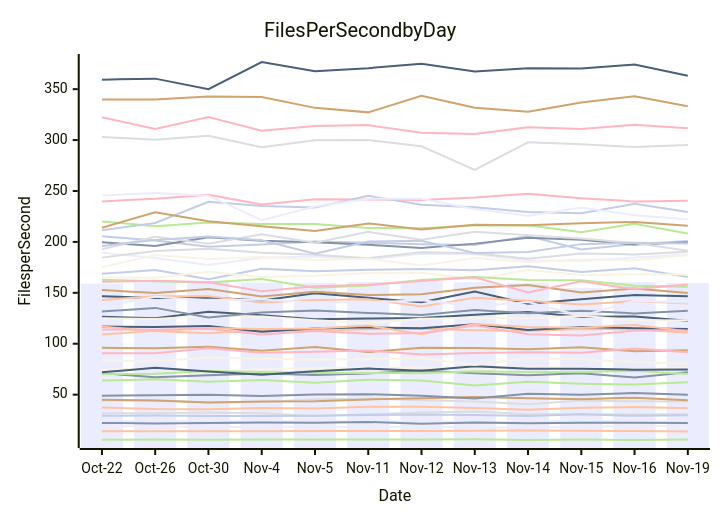
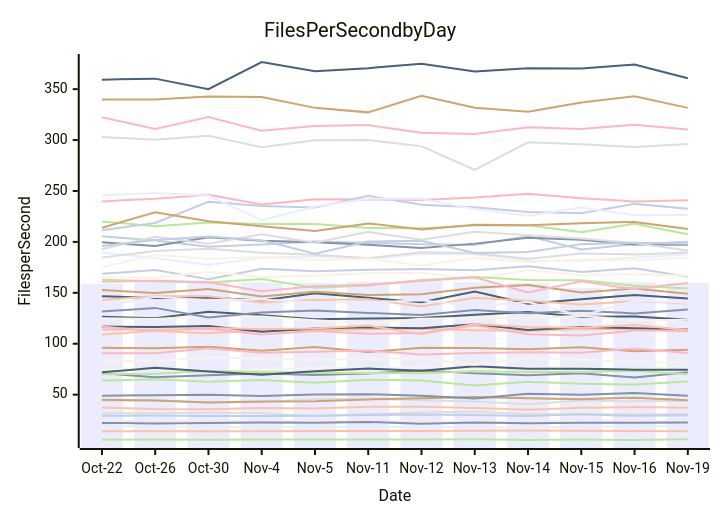
One commit to streetsidesoftware/cspell changed the diagram in perf-report.md. Above: the diagram before and after it, drawn with Mermaid. The commit also changed other lines of this file and 1 other file, not shown here.

````diff
--- a/perf-report.md
+++ b/perf-report.md
@@ -10,57 +10,57 @@
 ```mermaid
 xychart-beta
     title Files Per Second by Day
     y-axis Files per Second
     x-axis Date [Oct-22, Oct-26, Oct-30, Nov-4, Nov-5, Nov-11, Nov-12, Nov-13, Nov-14, Nov-15, Nov-16, Nov-19]
-    bar [159.03, 162.88, 161.94, 160.02, 159.72, 160.65, 161.35, 160.47, 159.54, 154.79, 160.46, 159.53]
-    line [71.08, 67.00, 69.09, 70.86, 69.37, 70.88, 73.81, 71.09, 69.11, 71.10, 66.81, 72.04]
-    line [14.01, 14.02, 13.97, 14.18, 14.33, 14.26, 14.23, 14.49, 14.71, 14.55, 14.39, 13.93]
-    line [44.08, 44.42, 42.24, 42.88, 45.37, 46.20, 44.50, 43.23, 40.60, 44.15, 43.48, 43.18]
-    line [63.79, 65.07, 62.75, 64.51, 61.69, 64.67, 63.79, 59.02, 62.70, 60.80, 59.91, 62.24]
-    line [96.00, 95.45, 97.05, 93.17, 96.79, 91.80, 95.95, 95.87, 94.48, 96.44, 92.65, 93.49]
-    line [205.59, 201.31, 195.27, 197.35, 200.31, 199.19, 197.63, 196.85, 205.77, 192.52, 197.76, 200.81]
-    line [322.37, 310.93, 322.55, 309.17, 313.73, 314.69, 307.18, 306.00, 312.70, 310.78, 315.06, 311.67]
-    line [126.46, 125.04, 131.49, 128.05, 124.13, 124.73, 125.27, 128.39, 131.06, 126.59, 126.76, 122.52]
-    line [125.15, 124.19, 127.28, 126.86, 123.18, 120.25, 124.45, 125.35, 124.99, 127.41, 122.93, 123.18]
-    line [23.92, 24.17, 24.43, 23.95, 24.20, 23.49, 24.08, 23.00, 23.06, 24.50, 24.34, 23.45]
-    line [22.28, 21.78, 22.12, 22.59, 22.34, 23.16, 21.54, 22.68, 21.85, 22.43, 22.45, 22.18]
-    line [109.04, 112.63, 110.40, 113.53, 112.85, 114.15, 114.65, 113.36, 112.62, 114.36, 114.33, 110.82]
-    line [31.67, 31.78, 32.41, 31.83, 29.14, 30.76, 32.43, 33.35, 30.87, 30.71, 30.55, 30.69]
-    line [5.75, 6.03, 5.80, 6.05, 5.91, 5.92, 6.05, 6.23, 5.47, 5.95, 5.52, 6.06]
-    line [45.07, 44.31, 42.25, 43.22, 43.49, 45.34, 46.46, 47.61, 46.36, 45.42, 47.07, 44.47]
-    line [168.67, 172.42, 163.25, 173.61, 171.18, 172.63, 173.35, 172.14, 176.09, 170.54, 174.05, 165.60]
-    line [239.78, 242.41, 246.20, 236.64, 241.81, 241.59, 241.14, 243.55, 247.17, 242.91, 239.70, 240.42]
-    line [116.88, 116.53, 117.43, 111.89, 115.01, 116.13, 115.22, 119.08, 113.54, 116.51, 115.21, 114.36]
-    line [165.23, 164.80, 170.61, 165.61, 166.70, 169.45, 169.81, 163.46, 172.46, 167.41, 168.34, 168.05]
-    line [19.00, 18.63, 18.25, 18.44, 18.38, 18.23, 18.67, 17.83, 17.56, 18.43, 19.15, 18.86]
-    line [49.03, 49.37, 49.99, 48.68, 50.03, 50.42, 49.00, 46.22, 50.88, 49.95, 51.56, 50.00]
-    line [116.85, 112.16, 115.50, 114.45, 114.87, 117.85, 109.38, 119.29, 116.46, 115.59, 118.49, 112.39]
-    line [303.13, 300.22, 304.34, 292.89, 299.81, 300.08, 293.90, 270.62, 297.75, 295.78, 293.19, 295.17]
-    line [162.77, 161.40, 160.02, 163.60, 155.05, 157.20, 162.55, 165.62, 162.61, 162.23, 156.96, 155.93]
-    line [339.81, 339.82, 342.79, 342.26, 331.64, 327.21, 343.58, 331.81, 327.76, 336.79, 342.94, 333.16]
-    line [29.31, 29.41, 29.14, 29.07, 29.19, 29.96, 30.60, 29.98, 29.13, 30.65, 29.20, 29.82]
-    line [90.70, 90.60, 95.53, 91.04, 92.11, 93.46, 89.53, 90.84, 91.64, 91.15, 95.31, 91.66]
-    line [146.67, 144.85, 145.45, 142.42, 149.63, 145.08, 140.78, 151.35, 139.20, 143.75, 147.85, 146.75]
-    line [74.51, 76.18, 72.03, 75.21, 76.09, 76.34, 76.58, 74.79, 76.80, 76.30, 73.76, 77.26]
-    line [189.47, 184.23, 177.36, 184.49, 185.72, 182.94, 188.28, 187.98, 181.73, 181.49, 184.66, 187.68]
-    line [199.55, 196.07, 204.60, 201.12, 199.63, 197.18, 194.05, 198.31, 204.17, 202.23, 197.34, 199.60]
-    line [143.06, 146.69, 146.59, 140.40, 143.02, 143.74, 136.69, 145.20, 142.11, 138.52, 142.01, 139.42]
-    line [184.56, 191.17, 193.23, 189.38, 187.47, 183.93, 189.93, 188.83, 183.53, 188.50, 187.66, 190.45]
-    line [220.10, 215.49, 219.14, 217.54, 217.64, 213.57, 213.32, 216.11, 216.43, 209.55, 217.83, 208.19]
-    line [152.74, 149.93, 153.73, 146.39, 151.10, 147.79, 148.60, 155.08, 157.59, 150.36, 154.26, 149.80]
-    line [211.47, 218.53, 239.32, 235.17, 233.67, 245.24, 236.50, 233.98, 229.39, 228.12, 237.34, 229.32]
-    line [113.95, 113.80, 114.69, 109.15, 112.48, 109.72, 110.55, 118.02, 109.29, 108.02, 112.93, 113.12]
-    line [359.34, 360.33, 349.95, 376.67, 367.68, 370.64, 374.87, 367.41, 370.51, 370.21, 374.24, 363.16]
-    line [175.20, 187.18, 183.23, 185.22, 182.14, 183.42, 176.89, 184.07, 179.92, 182.71, 181.97, 187.24]
-    line [245.56, 247.95, 245.41, 221.31, 234.75, 242.27, 242.37, 232.19, 225.67, 233.72, 226.18, 222.19]
-    line [131.59, 135.21, 125.70, 130.73, 132.76, 130.23, 128.16, 133.01, 129.97, 132.49, 129.80, 132.50]
-    line [37.33, 35.82, 35.71, 36.86, 36.50, 38.05, 38.19, 36.99, 35.25, 37.09, 37.76, 36.56]
-    line [192.85, 204.98, 198.27, 207.58, 199.26, 209.84, 202.01, 209.99, 206.66, 203.31, 199.00, 191.33]
-    line [70.11, 70.57, 73.22, 72.23, 71.32, 71.25, 71.08, 73.06, 72.16, 72.33, 73.39, 70.34]
-    line [213.97, 229.01, 220.21, 215.36, 210.66, 218.14, 212.13, 216.95, 216.28, 218.40, 219.59, 215.97]
-    line [196.05, 201.96, 205.39, 201.71, 188.42, 200.46, 201.07, 189.10, 190.06, 197.82, 199.09, 198.41]
-    line [160.80, 161.82, 160.48, 151.46, 156.36, 158.02, 161.56, 165.28, 150.34, 161.29, 153.65, 158.15]
-    line [71.96, 76.44, 72.80, 69.62, 72.93, 75.62, 73.39, 77.86, 75.46, 75.53, 74.48, 74.77]
-    line [83.62, 82.78, 86.40, 85.26, 84.18, 85.13, 86.07, 79.22, 86.18, 84.80, 82.10, 80.70]
-    line [136.76, 146.14, 142.74, 143.48, 140.52, 140.72, 142.75, 136.72, 140.92, 127.38, 142.26, 140.56]
+    bar [159.03, 162.88, 161.94, 160.02, 159.72, 160.65, 161.35, 160.47, 159.54, 154.79, 160.46, 159.61]
+    line [71.08, 67.00, 69.09, 70.86, 69.37, 70.88, 73.81, 71.09, 69.11, 71.10, 66.81, 72.11]
+    line [14.01, 14.02, 13.97, 14.18, 14.33, 14.26, 14.23, 14.49, 14.71, 14.55, 14.39, 13.95]
+    line [44.08, 44.42, 42.24, 42.88, 45.37, 46.20, 44.50, 43.23, 40.60, 44.15, 43.48, 43.70]
+    line [63.79, 65.07, 62.75, 64.51, 61.69, 64.67, 63.79, 59.02, 62.70, 60.80, 59.91, 63.00]
+    line [96.00, 95.45, 97.05, 93.17, 96.79, 91.80, 95.95, 95.87, 94.48, 96.44, 92.65, 94.10]
+    line [205.59, 201.31, 195.27, 197.35, 200.31, 199.19, 197.63, 196.85, 205.77, 192.52, 197.76, 200.10]
+    line [322.37, 310.93, 322.55, 309.17, 313.73, 314.69, 307.18, 306.00, 312.70, 310.78, 315.06, 310.37]
+    line [126.46, 125.04, 131.49, 128.05, 124.13, 124.73, 125.27, 128.39, 131.06, 126.59, 126.76, 123.53]
+    line [125.15, 124.19, 127.28, 126.86, 123.18, 120.25, 124.45, 125.35, 124.99, 127.41, 122.93, 123.56]
+    line [23.92, 24.17, 24.43, 23.95, 24.20, 23.49, 24.08, 23.00, 23.06, 24.50, 24.34, 23.62]
+    line [22.28, 21.78, 22.12, 22.59, 22.34, 23.16, 21.54, 22.68, 21.85, 22.43, 22.45, 22.56]
+    line [109.04, 112.63, 110.40, 113.53, 112.85, 114.15, 114.65, 113.36, 112.62, 114.36, 114.33, 111.99]
+    line [31.67, 31.78, 32.41, 31.83, 29.14, 30.76, 32.43, 33.35, 30.87, 30.71, 30.55, 30.97]
+    line [5.75, 6.03, 5.80, 6.05, 5.91, 5.92, 6.05, 6.23, 5.47, 5.95, 5.52, 6.13]
+    line [45.07, 44.31, 42.25, 43.22, 43.49, 45.34, 46.46, 47.61, 46.36, 45.42, 47.07, 44.45]
+    line [168.67, 172.42, 163.25, 173.61, 171.18, 172.63, 173.35, 172.14, 176.09, 170.54, 174.05, 165.70]
+    line [239.78, 242.41, 246.20, 236.64, 241.81, 241.59, 241.14, 243.55, 247.17, 242.91, 239.70, 241.02]
+    line [116.88, 116.53, 117.43, 111.89, 115.01, 116.13, 115.22, 119.08, 113.54, 116.51, 115.21, 113.92]
+    line [165.23, 164.80, 170.61, 165.61, 166.70, 169.45, 169.81, 163.46, 172.46, 167.41, 168.34, 167.09]
+    line [19.00, 18.63, 18.25, 18.44, 18.38, 18.23, 18.67, 17.83, 17.56, 18.43, 19.15, 18.91]
+    line [49.03, 49.37, 49.99, 48.68, 50.03, 50.42, 49.00, 46.22, 50.88, 49.95, 51.56, 48.83]
+    line [116.85, 112.16, 115.50, 114.45, 114.87, 117.85, 109.38, 119.29, 116.46, 115.59, 118.49, 113.54]
+    line [303.13, 300.22, 304.34, 292.89, 299.81, 300.08, 293.90, 270.62, 297.75, 295.78, 293.19, 296.08]
+    line [162.77, 161.40, 160.02, 163.60, 155.05, 157.20, 162.55, 165.62, 162.61, 162.23, 156.96, 154.28]
+    line [339.81, 339.82, 342.79, 342.26, 331.64, 327.21, 343.58, 331.81, 327.76, 336.79, 342.94, 331.62]
+    line [29.31, 29.41, 29.14, 29.07, 29.19, 29.96, 30.60, 29.98, 29.13, 30.65, 29.20, 29.66]
+    line [90.70, 90.60, 95.53, 91.04, 92.11, 93.46, 89.53, 90.84, 91.64, 91.15, 95.31, 91.02]
+    line [146.67, 144.85, 145.45, 142.42, 149.63, 145.08, 140.78, 151.35, 139.20, 143.75, 147.85, 144.42]
+    line [74.51, 76.18, 72.03, 75.21, 76.09, 76.34, 76.58, 74.79, 76.80, 76.30, 73.76, 78.85]
+    line [189.47, 184.23, 177.36, 184.49, 185.72, 182.94, 188.28, 187.98, 181.73, 181.49, 184.66, 187.81]
+    line [199.55, 196.07, 204.60, 201.12, 199.63, 197.18, 194.05, 198.31, 204.17, 202.23, 197.34, 197.09]
+    line [143.06, 146.69, 146.59, 140.40, 143.02, 143.74, 136.69, 145.20, 142.11, 138.52, 142.01, 139.48]
+    line [184.56, 191.17, 193.23, 189.38, 187.47, 183.93, 189.93, 188.83, 183.53, 188.50, 187.66, 189.71]
+    line [220.10, 215.49, 219.14, 217.54, 217.64, 213.57, 213.32, 216.11, 216.43, 209.55, 217.83, 207.54]
+    line [152.74, 149.93, 153.73, 146.39, 151.10, 147.79, 148.60, 155.08, 157.59, 150.36, 154.26, 148.98]
+    line [211.47, 218.53, 239.32, 235.17, 233.67, 245.24, 236.50, 233.98, 229.39, 228.12, 237.34, 232.45]
+    line [113.95, 113.80, 114.69, 109.15, 112.48, 109.72, 110.55, 118.02, 109.29, 108.02, 112.93, 112.97]
+    line [359.34, 360.33, 349.95, 376.67, 367.68, 370.64, 374.87, 367.41, 370.51, 370.21, 374.24, 360.74]
+    line [175.20, 187.18, 183.23, 185.22, 182.14, 183.42, 176.89, 184.07, 179.92, 182.71, 181.97, 184.63]
+    line [245.56, 247.95, 245.41, 221.31, 234.75, 242.27, 242.37, 232.19, 225.67, 233.72, 226.18, 226.48]
+    line [131.59, 135.21, 125.70, 130.73, 132.76, 130.23, 128.16, 133.01, 129.97, 132.49, 129.80, 133.61]
+    line [37.33, 35.82, 35.71, 36.86, 36.50, 38.05, 38.19, 36.99, 35.25, 37.09, 37.76, 37.04]
+    line [192.85, 204.98, 198.27, 207.58, 199.26, 209.84, 202.01, 209.99, 206.66, 203.31, 199.00, 191.59]
+    line [70.11, 70.57, 73.22, 72.23, 71.32, 71.25, 71.08, 73.06, 72.16, 72.33, 73.39, 70.13]
+    line [213.97, 229.01, 220.21, 215.36, 210.66, 218.14, 212.13, 216.95, 216.28, 218.40, 219.59, 212.75]
+    line [196.05, 201.96, 205.39, 201.71, 188.42, 200.46, 201.07, 189.10, 190.06, 197.82, 199.09, 198.24]
+    line [160.80, 161.82, 160.48, 151.46, 156.36, 158.02, 161.56, 165.28, 150.34, 161.29, 153.65, 159.58]
+    line [71.96, 76.44, 72.80, 69.62, 72.93, 75.62, 73.39, 77.86, 75.46, 75.53, 74.48, 74.42]
+    line [83.62, 82.78, 86.40, 85.26, 84.18, 85.13, 86.07, 79.22, 86.18, 84.80, 82.10, 81.80]
+    line [136.76, 146.14, 142.74, 143.48, 140.52, 140.72, 142.75, 136.72, 140.92, 127.38, 142.26, 140.32]
 ```
````
